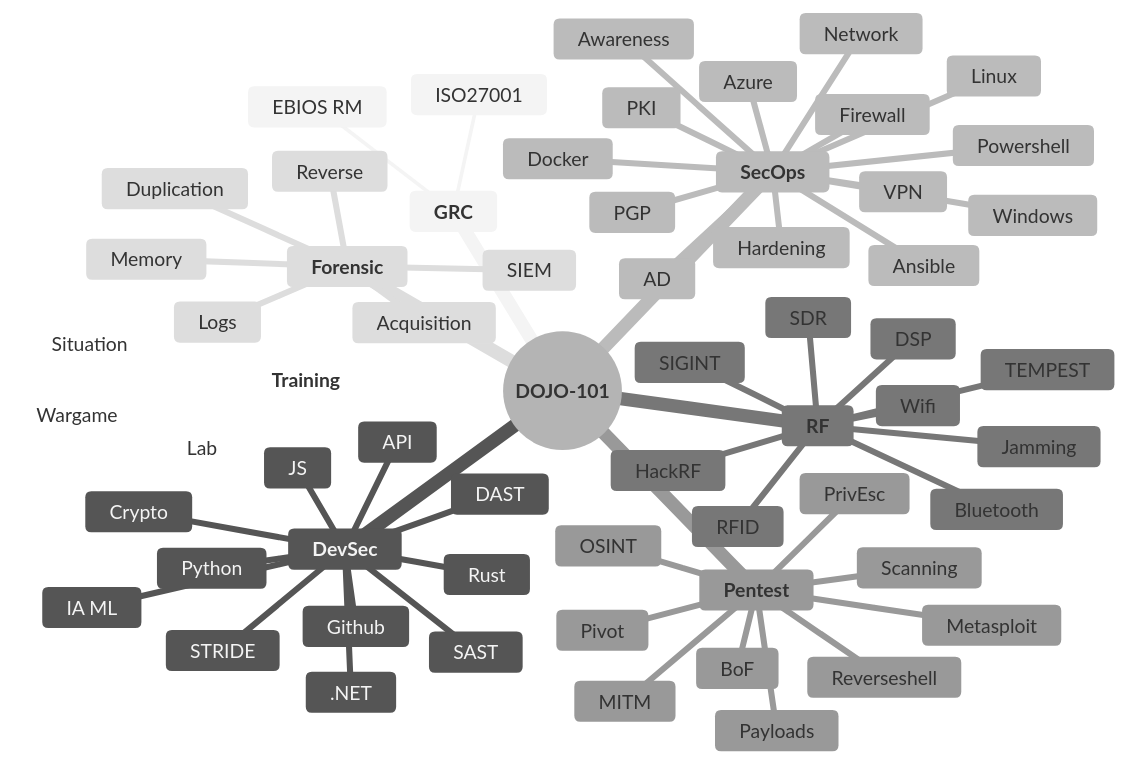
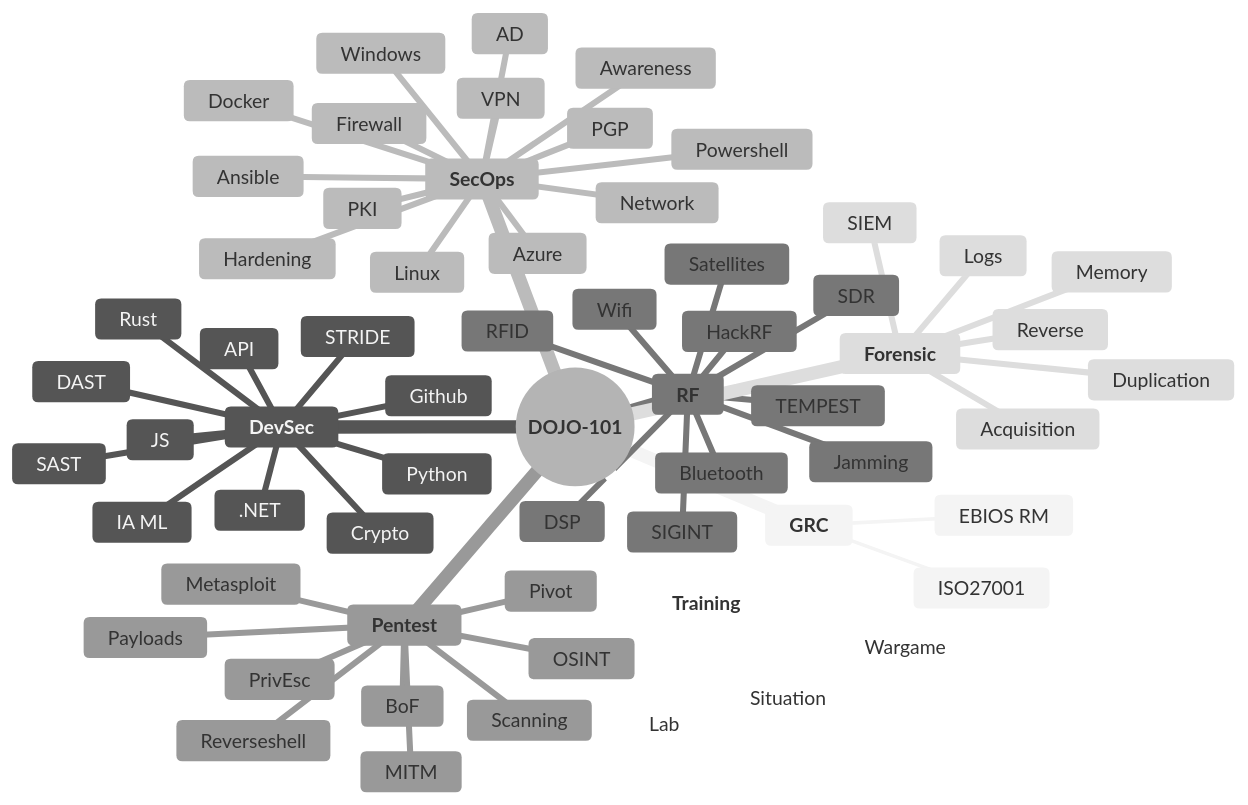
The diagram in README.md (Aif4thah/Dojo-101), drawn with Mermaid (neutral theme) before and after one commit. The commit also changed 6 other files, not shown here.

````diff
--- a/README.md
+++ b/README.md
@@ -30,73 +30,74 @@
 ```mermaid
 mindmap
   root((**DOJO-101**))
 
       **GRC**
         ISO27001
         EBIOS RM
     
     **DevSec**
         Crypto
         Github
         IA ML
         SAST
         DAST
         STRIDE
         API
         Python
         .NET
         JS
         Rust
 
     **SecOps**
         Awareness
         Hardening
         Windows
         AD
         Linux
         Azure
         Docker
         Ansible
         Powershell
         Firewall
         VPN
         PKI
         PGP
         Network
 
     **RF**
         SDR
         DSP
         TEMPEST
         SIGINT
         Wifi
         RFID
         Bluetooth
         Jamming
         HackRF
+        Satellites
 
     **Pentest**
         OSINT
         Scanning
         Metasploit
         BoF
         MITM
         Payloads
         Reverseshell
         Pivot
         PrivEsc
 
     **Forensic**
         Acquisition
         Duplication
         Memory
         Reverse
         Logs
         SIEM
 
     **Training**
         Lab
         Situation
         Wargame
 
 ```
````
